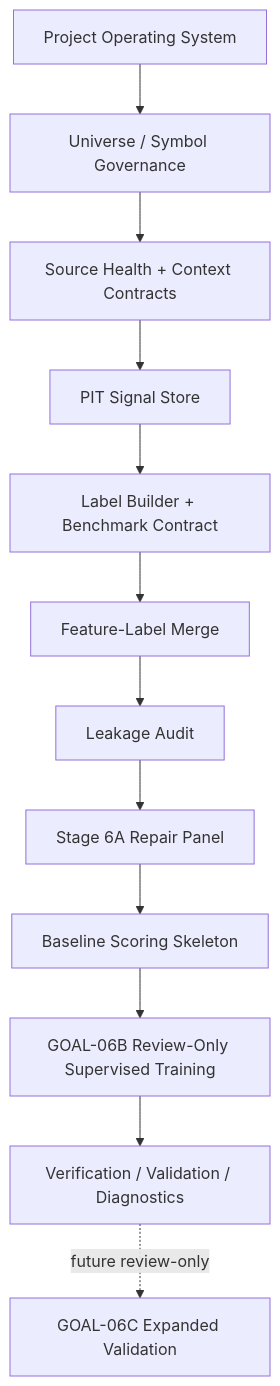
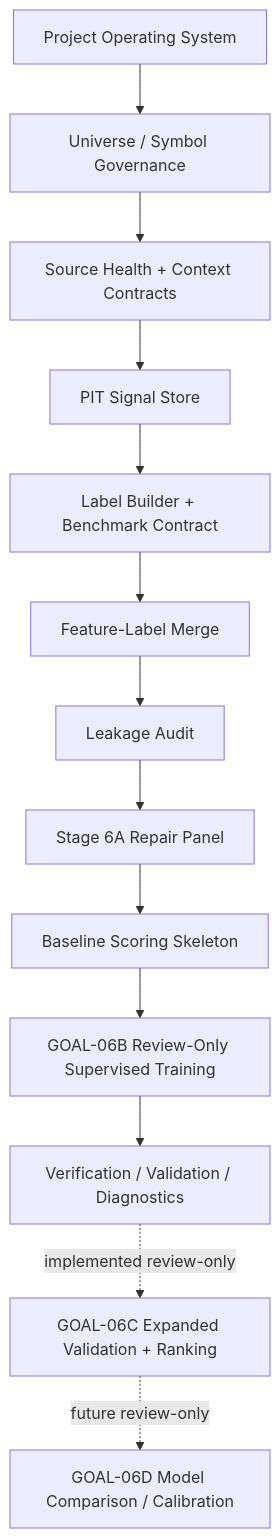
One commit to RyanLu0203/A_share_premarket_core changed the diagram in docs/10_PROGRAM_ROADMAP_AND_ARCHITECTURE.md. Above: the diagram before and after it, drawn with Mermaid. The commit also changed other lines of this file and 65 other files, not shown here.

Commit message:
Add GOAL-06C review-only validation gate

````diff
--- a/docs/10_PROGRAM_ROADMAP_AND_ARCHITECTURE.md
+++ b/docs/10_PROGRAM_ROADMAP_AND_ARCHITECTURE.md
@@ -11,14 +11,15 @@
 ```mermaid
 flowchart TD
     A["Project Operating System"] --> B["Universe / Symbol Governance"]
     B --> C["Source Health + Context Contracts"]
     C --> D["PIT Signal Store"]
     D --> E["Label Builder + Benchmark Contract"]
     E --> F["Feature-Label Merge"]
     F --> G["Leakage Audit"]
     G --> H["Stage 6A Repair Panel"]
     H --> I["Baseline Scoring Skeleton"]
     I --> J["GOAL-06B Review-Only Supervised Training"]
     J --> K["Verification / Validation / Diagnostics"]
-    K -. "future review-only" .-> L["GOAL-06C Expanded Validation"]
+    K -. "implemented review-only" .-> L["GOAL-06C Expanded Validation + Ranking"]
+    L -. "future review-only" .-> M["GOAL-06D Model Comparison / Calibration"]
 ```
````
